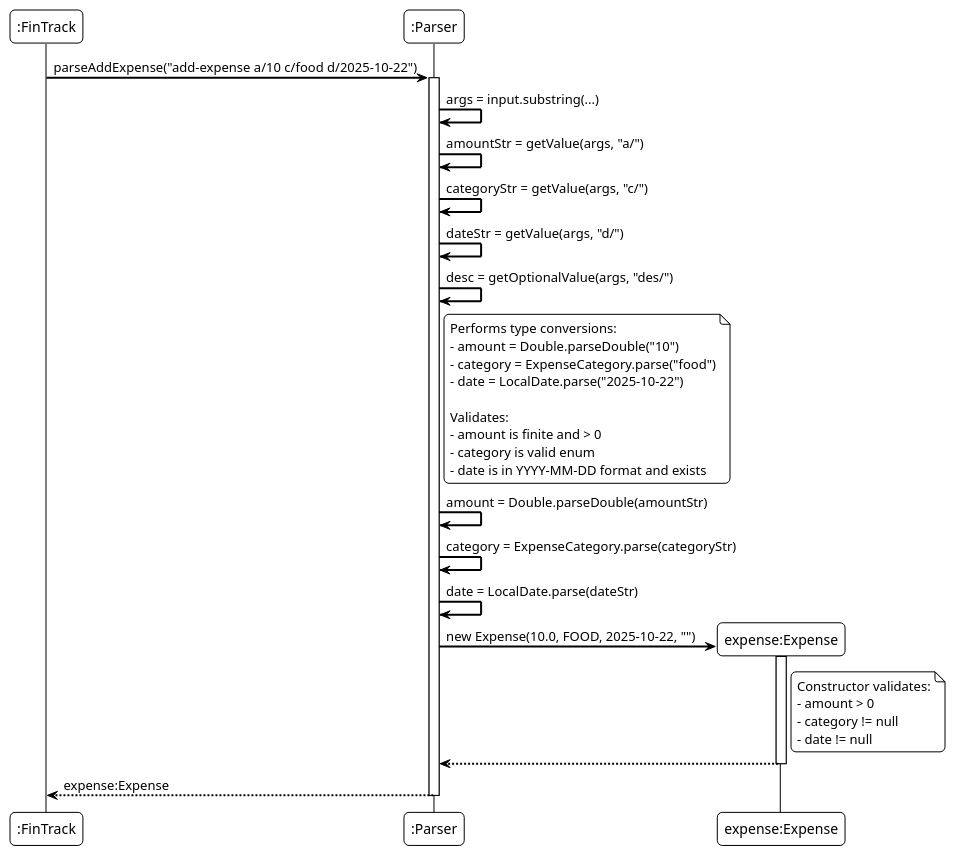
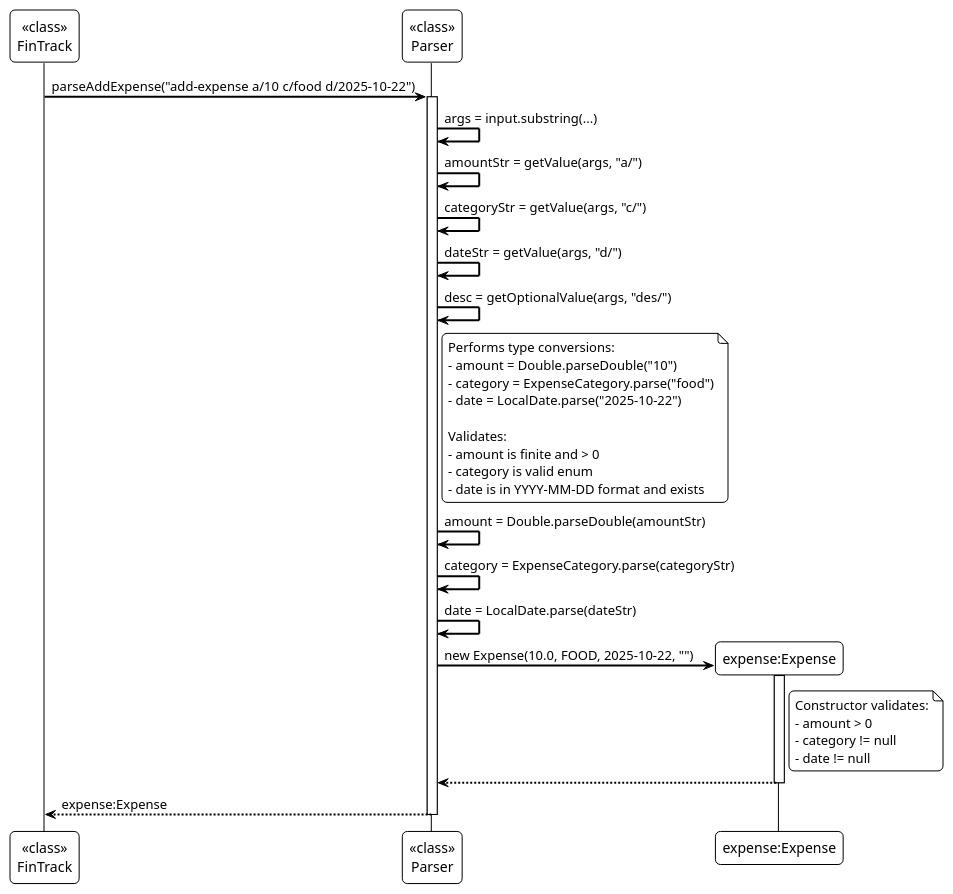
Before and after one commit to AY2526S1-CS2113-W12-4/tp: the diagram in docs/diagrams/parser.puml, drawn with PlantUML. The commit also changed 18 other files, not shown here.

Commit message:
Add persistence section under implementation in DG, update UML diagrams

```diff
--- a/docs/diagrams/parser.puml
+++ b/docs/diagrams/parser.puml
@@ -1,53 +1,53 @@
 @startuml
 !theme plain
 skinparam sequenceArrowThickness 2
 skinparam roundcorner 10
 skinparam participantpadding 5
 skinparam boxpadding 30
 
-participant ":FinTrack"
-participant ":Parser"
+participant "<<class>>\nFinTrack" as FinTrack
+participant "<<class>>\nParser" as Parser
 participant "expense:Expense" as Expense
 
-":FinTrack" -> ":Parser" : parseAddExpense("add-expense a/10 c/food d/2025-10-22")
+FinTrack -> Parser : parseAddExpense("add-expense a/10 c/food d/2025-10-22")
 
-activate ":Parser"
-":Parser" -> ":Parser" : args = input.substring(...)
-":Parser" -> ":Parser" : amountStr = getValue(args, "a/")
-":Parser" -> ":Parser" : categoryStr = getValue(args, "c/")
-":Parser" -> ":Parser" : dateStr = getValue(args, "d/")
-":Parser" -> ":Parser" : desc = getOptionalValue(args, "des/")
+activate Parser
+Parser -> Parser : args = input.substring(...)
+Parser -> Parser : amountStr = getValue(args, "a/")
+Parser -> Parser : categoryStr = getValue(args, "c/")
+Parser -> Parser : dateStr = getValue(args, "d/")
+Parser -> Parser : desc = getOptionalValue(args, "des/")
 
-note right of ":Parser"
+note right of Parser
     Performs type conversions:
     - amount = Double.parseDouble("10")
     - category = ExpenseCategory.parse("food")
     - date = LocalDate.parse("2025-10-22")
 
     Validates:
     - amount is finite and > 0
     - category is valid enum
     - date is in YYYY-MM-DD format and exists
 end note
 
-":Parser" -> ":Parser" : amount = Double.parseDouble(amountStr)
-":Parser" -> ":Parser" : category = ExpenseCategory.parse(categoryStr)
-":Parser" -> ":Parser" : date = LocalDate.parse(dateStr)
+Parser -> Parser : amount = Double.parseDouble(amountStr)
+Parser -> Parser : category = ExpenseCategory.parse(categoryStr)
+Parser -> Parser : date = LocalDate.parse(dateStr)
 
 create Expense
-":Parser" -> Expense : new Expense(10.0, FOOD, 2025-10-22, "")
+Parser -> Expense : new Expense(10.0, FOOD, 2025-10-22, "")
 activate Expense
 
 note right of Expense
     Constructor validates:
     - amount > 0
     - category != null
     - date != null
 end note
 
-Expense --> ":Parser"
+Expense --> Parser
 deactivate Expense
 
-":Parser" --> ":FinTrack" : expense:Expense
-deactivate ":Parser"
+Parser --> FinTrack : expense:Expense
+deactivate Parser
 @enduml
```
